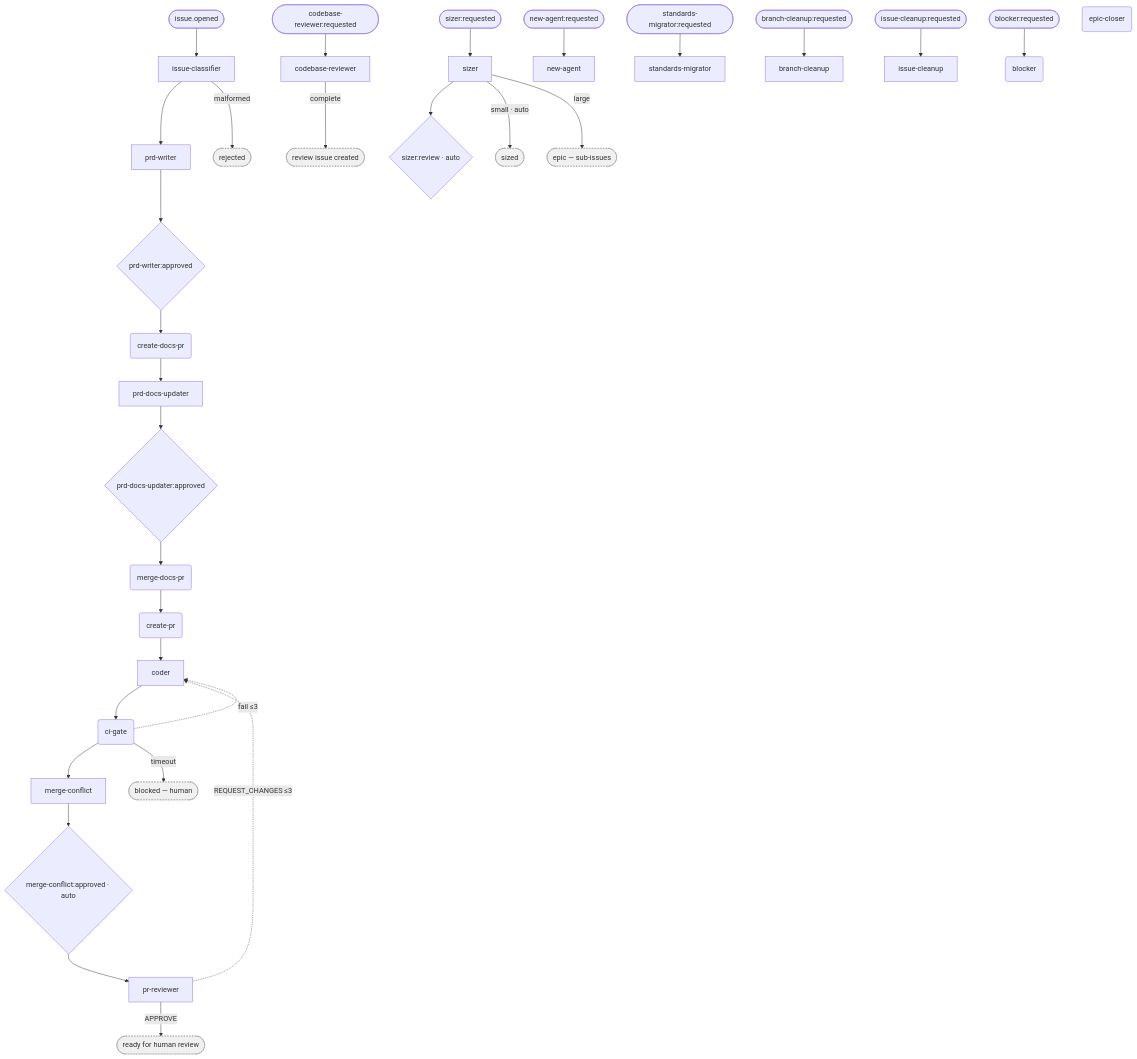
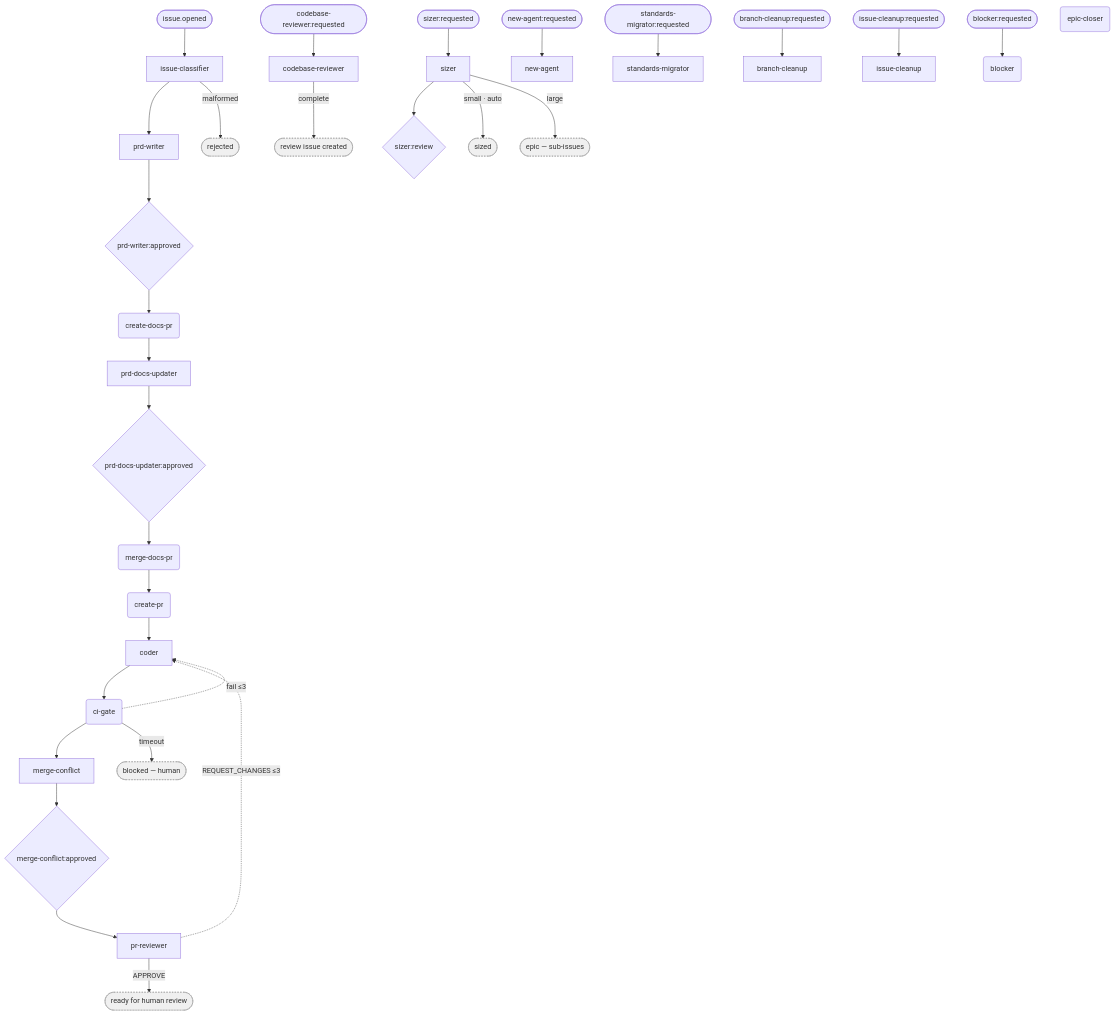
Before and after one commit to M-A-Operating-System/ai-coding-standards2: the diagram in docs/product/orchestrator/generated/pipeline.mmd, drawn with Mermaid. The commit also changed 3 other files, not shown here.

Commit message:
chore: regenerate pipeline diagrams

```diff
--- a/docs/product/orchestrator/generated/pipeline.mmd
+++ b/docs/product/orchestrator/generated/pipeline.mmd
@@ -1,67 +1,67 @@
 flowchart TD
     entry_n_01_product_docs__issue_classifier(["issue.opened"])
     entry_n_00_ondemand__codebase_reviewer(["codebase-reviewer:requested"])
     entry_n_00_ondemand__sizer(["sizer:requested"])
     entry_n_00_ondemand__new_agent(["new-agent:requested"])
     entry_n_00_ondemand__standards_migrator(["standards-migrator:requested"])
     entry_n_00_ondemand__branch_cleanup(["branch-cleanup:requested"])
     entry_n_00_ondemand__issue_cleanup(["issue-cleanup:requested"])
     entry_n_00_ondemand__blocker(["blocker:requested"])
     n_01_product_docs__issue_classifier["issue-classifier"]
     n_01_product_docs__prd_writer["prd-writer"]
     n_01_product_docs__create_docs_pr("create-docs-pr")
     n_01_product_docs__prd_docs_updater["prd-docs-updater"]
     n_01_product_docs__merge_docs_pr("merge-docs-pr")
     n_01_product_docs__create_pr("create-pr")
     n_03_execute__coder["coder"]
     n_03_execute__ci_gate("ci-gate")
     n_03_execute__merge_conflict["merge-conflict"]
     n_03_execute__pr_reviewer["pr-reviewer"]
     n_04_evaluate__epic_closer("epic-closer")
     n_00_ondemand__codebase_reviewer["codebase-reviewer"]
     n_00_ondemand__sizer["sizer"]
     n_00_ondemand__new_agent["new-agent"]
     n_00_ondemand__standards_migrator["standards-migrator"]
     n_00_ondemand__branch_cleanup["branch-cleanup"]
     n_00_ondemand__issue_cleanup["issue-cleanup"]
     n_00_ondemand__blocker("blocker")
     gate__n_01_product_docs__prd_writer{"prd-writer:approved"}
     gate__n_01_product_docs__prd_docs_updater{"prd-docs-updater:approved"}
-    gate__n_03_execute__merge_conflict{"merge-conflict:approved · auto"}
-    gate__n_00_ondemand__sizer{"sizer:review · auto"}
+    gate__n_03_execute__merge_conflict{"merge-conflict:approved"}
+    gate__n_00_ondemand__sizer{"sizer:review"}
     term_blocked(["blocked — human"]):::term
     term_cr_done(["review issue created"]):::term
     term_epic(["epic — sub-issues"]):::term
     term_ready(["ready for human review"]):::term
     term_rejected(["rejected"]):::term
     term_sized(["sized"]):::term
     entry_n_01_product_docs__issue_classifier --> n_01_product_docs__issue_classifier
     entry_n_00_ondemand__codebase_reviewer --> n_00_ondemand__codebase_reviewer
     entry_n_00_ondemand__sizer --> n_00_ondemand__sizer
     entry_n_00_ondemand__new_agent --> n_00_ondemand__new_agent
     entry_n_00_ondemand__standards_migrator --> n_00_ondemand__standards_migrator
     entry_n_00_ondemand__branch_cleanup --> n_00_ondemand__branch_cleanup
     entry_n_00_ondemand__issue_cleanup --> n_00_ondemand__issue_cleanup
     entry_n_00_ondemand__blocker --> n_00_ondemand__blocker
     n_01_product_docs__issue_classifier --> n_01_product_docs__prd_writer
     gate__n_01_product_docs__prd_writer --> n_01_product_docs__create_docs_pr
     n_01_product_docs__create_docs_pr --> n_01_product_docs__prd_docs_updater
     gate__n_01_product_docs__prd_docs_updater --> n_01_product_docs__merge_docs_pr
     n_01_product_docs__merge_docs_pr --> n_01_product_docs__create_pr
     n_01_product_docs__create_pr --> n_03_execute__coder
     n_03_execute__coder --> n_03_execute__ci_gate
     n_03_execute__ci_gate --> n_03_execute__merge_conflict
     gate__n_03_execute__merge_conflict --> n_03_execute__pr_reviewer
     n_01_product_docs__prd_writer --> gate__n_01_product_docs__prd_writer
     n_01_product_docs__prd_docs_updater --> gate__n_01_product_docs__prd_docs_updater
     n_03_execute__merge_conflict --> gate__n_03_execute__merge_conflict
     n_00_ondemand__sizer --> gate__n_00_ondemand__sizer
     n_03_execute__pr_reviewer -. REQUEST_CHANGES ≤3 .-> n_03_execute__coder
     n_03_execute__ci_gate -. fail ≤3 .-> n_03_execute__coder
     n_01_product_docs__issue_classifier -->|malformed| term_rejected
     n_03_execute__ci_gate -->|timeout| term_blocked
     n_03_execute__pr_reviewer -->|APPROVE| term_ready
     n_00_ondemand__sizer -->|small · auto| term_sized
     n_00_ondemand__sizer -->|large| term_epic
     n_00_ondemand__codebase_reviewer -->|complete| term_cr_done
     classDef term fill:#f0f0f0,stroke:#999,stroke-dasharray:3
```
